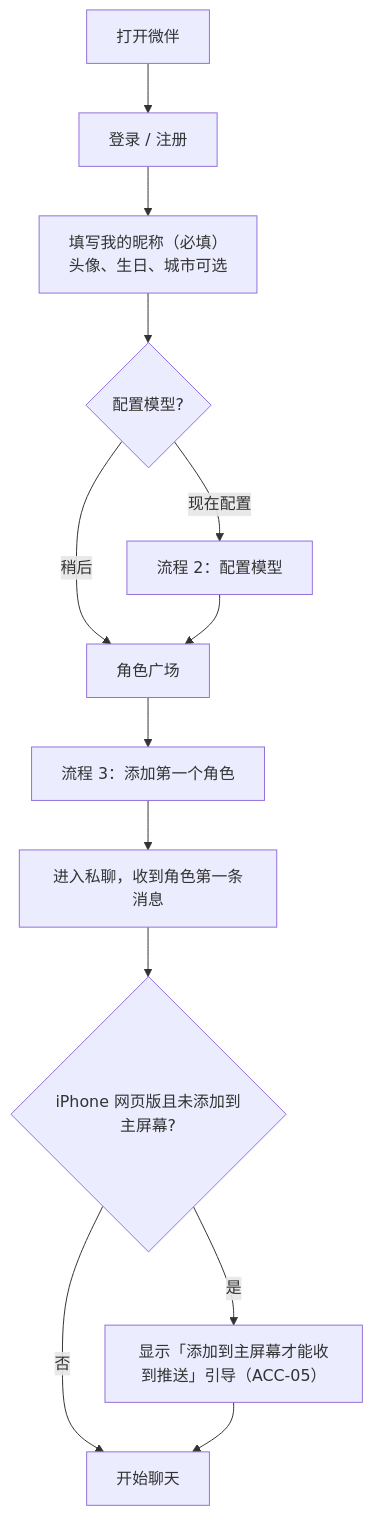
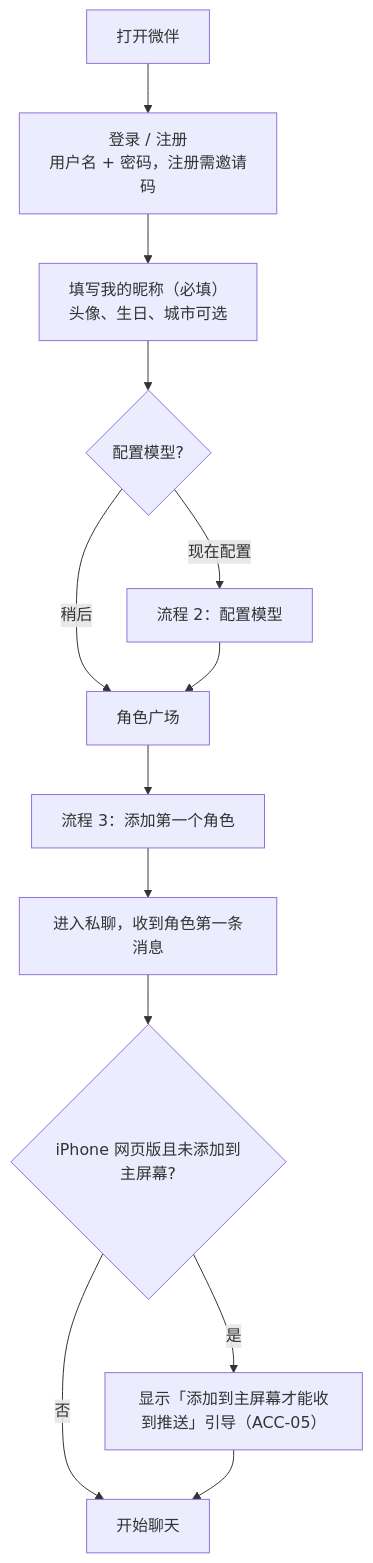
Before and after one commit to yottermanzione-ship-it/weiban: the diagram in docs/product/user-flows.md, drawn with Mermaid. The commit also changed other lines of this file and 18 other files, not shown here.

````diff
--- a/docs/product/user-flows.md
+++ b/docs/product/user-flows.md
@@ -25,15 +25,15 @@
 ```mermaid
 flowchart TD
-  A[打开微伴] --> B[登录 / 注册]
+  A[打开微伴] --> B[登录 / 注册<br/>用户名 + 密码，注册需邀请码]
   B --> C[填写我的昵称（必填）<br/>头像、生日、城市可选]
   C --> D{配置模型?}
   D -- 现在配置 --> E[流程 2：配置模型]
   D -- 稍后 --> F[角色广场]
   E --> F
   F --> G[流程 3：添加第一个角色]
   G --> H[进入私聊，收到角色第一条消息]
   H --> I{iPhone 网页版且未添加到主屏幕?}
   I -- 是 --> J[显示「添加到主屏幕才能收到推送」引导（ACC-05）]
   I -- 否 --> K[开始聊天]
   J --> K
 ```
````
